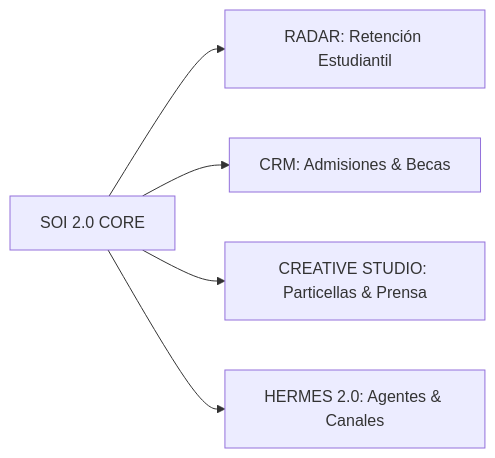
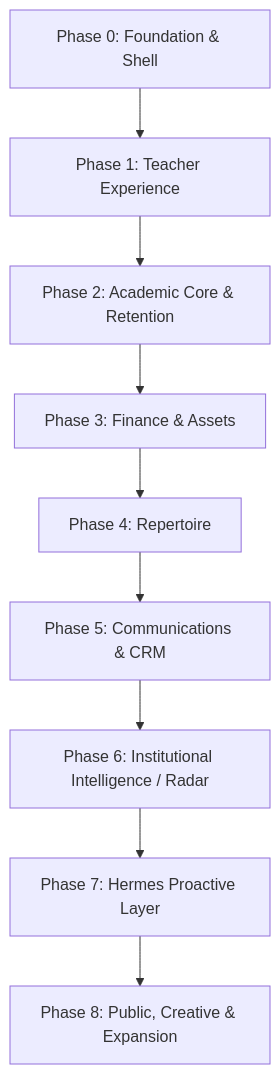
Before and after one commit to omarsuniaga/SOI_ElSistemaPC: the diagram in docs/release-v1/ASTRA_MASTER_INIT_PROMPT.md, drawn with Mermaid. The commit also changed other lines of this file and 2 other files, not shown here.

````diff
--- a/docs/release-v1/ASTRA_MASTER_INIT_PROMPT.md
+++ b/docs/release-v1/ASTRA_MASTER_INIT_PROMPT.md
@@ -144,7 +204,11 @@
 ```mermaid
-graph LR
-    A[SOI 2.0 CORE] --> B[RADAR: Retención Estudiantil]
-    A --> C[CRM: Admisiones & Becas]
-    A --> D[CREATIVE STUDIO: Particellas & Prensa]
-    A --> E[HERMES 2.0: Agentes & Canales]
+graph TD
+    P0[Phase 0: Foundation & Shell] --> P1[Phase 1: Teacher Experience]
+    P1 --> P2[Phase 2: Academic Core & Retention]
+    P2 --> P3[Phase 3: Finance & Assets]
+    P3 --> P4[Phase 4: Repertoire]
+    P4 --> P5[Phase 5: Communications & CRM]
+    P5 --> P6[Phase 6: Institutional Intelligence / Radar]
+    P6 --> P7[Phase 7: Hermes Proactive Layer]
+    P7 --> P8[Phase 8: Public, Creative & Expansion]
 ```
````
